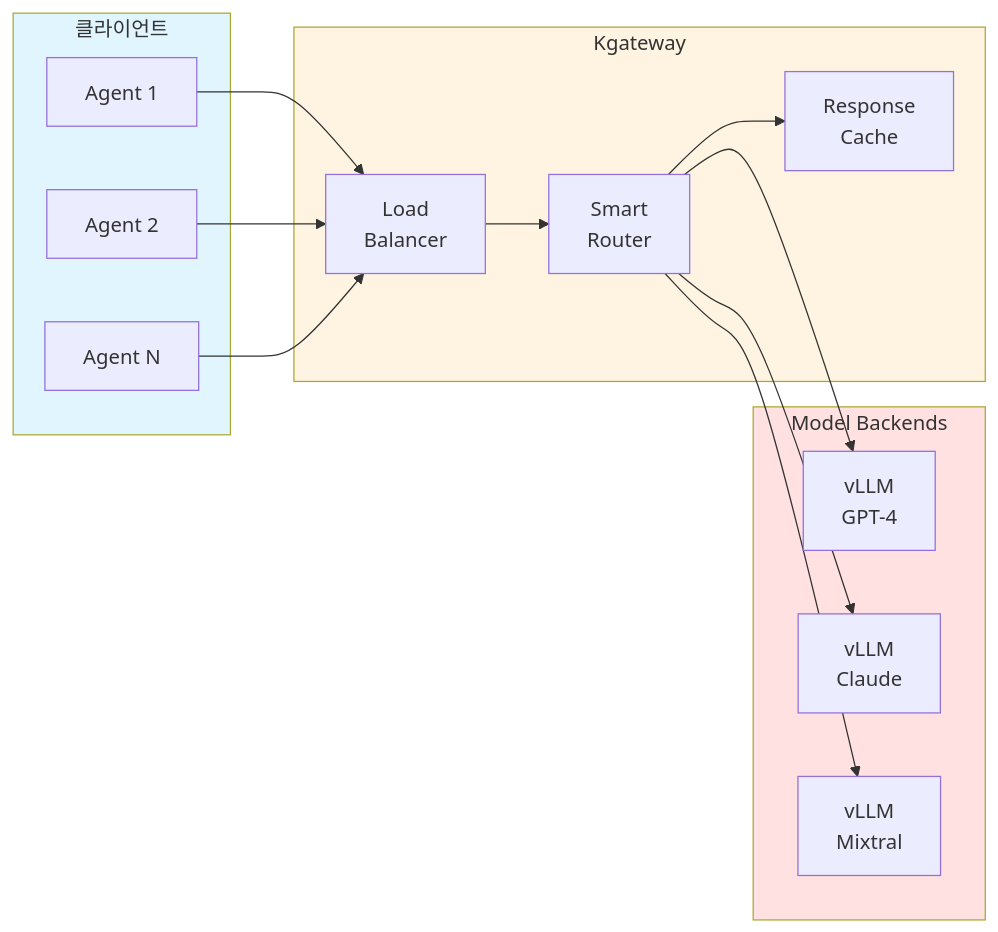
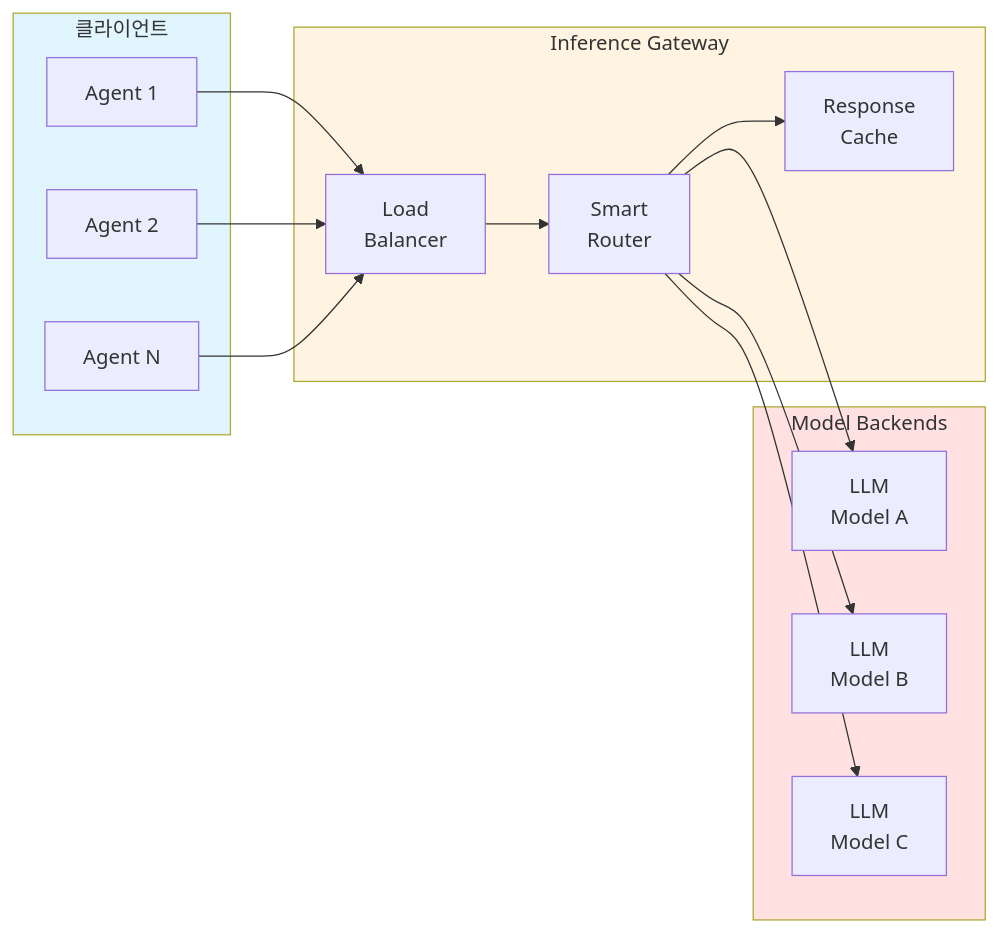
The fourth of 9 diagrams in docs/agentic-ai-platform/design-architecture/agentic-platform-architecture.md (devfloor9/engineering-playbook), drawn with Mermaid before and after one commit. The commit also changed other lines of this file and 6 other files, not shown here.

First line of the commit message:
refactor: design-architecture 문서 흐름 재구성 + 콘텐츠 재배치

````diff
--- a/docs/agentic-ai-platform/design-architecture/agentic-platform-architecture.md
+++ b/docs/agentic-ai-platform/design-architecture/agentic-platform-architecture.md
@@ -381,33 +230,33 @@
 ```mermaid
 flowchart LR
     subgraph Clients["클라이언트"]
         C1["Agent 1"]
         C2["Agent 2"]
         C3["Agent N"]
     end
 
-    subgraph Gateway["Kgateway"]
+    subgraph Gateway["Inference Gateway"]
         LB["Load<br/>Balancer"]
         ROUTER["Smart<br/>Router"]
         CACHE["Response<br/>Cache"]
     end
 
     subgraph Models["Model Backends"]
-        M1["vLLM<br/>GPT-4"]
-        M2["vLLM<br/>Claude"]
-        M3["vLLM<br/>Mixtral"]
+        M1["LLM<br/>Model A"]
+        M2["LLM<br/>Model B"]
+        M3["LLM<br/>Model C"]
     end
 
     C1 --> LB
     C2 --> LB
     C3 --> LB
     LB --> ROUTER
     ROUTER --> CACHE
     ROUTER --> M1
     ROUTER --> M2
     ROUTER --> M3
 
     style Clients fill:#e1f5ff
     style Gateway fill:#fff4e1
     style Models fill:#ffe1e1
 ```
````
